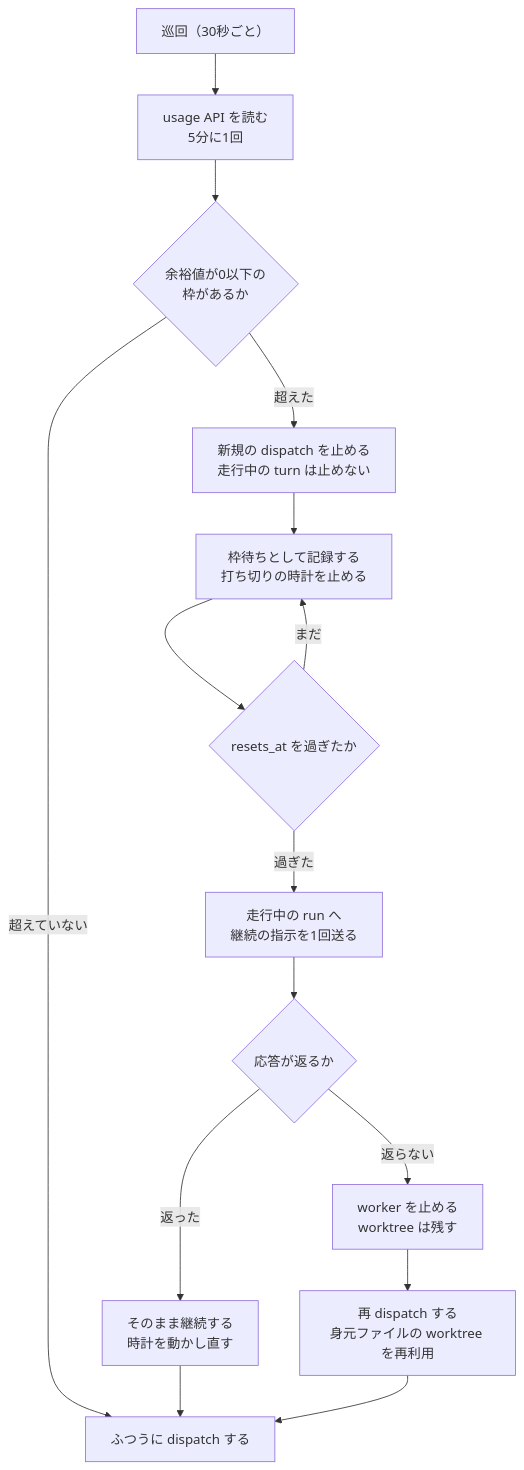
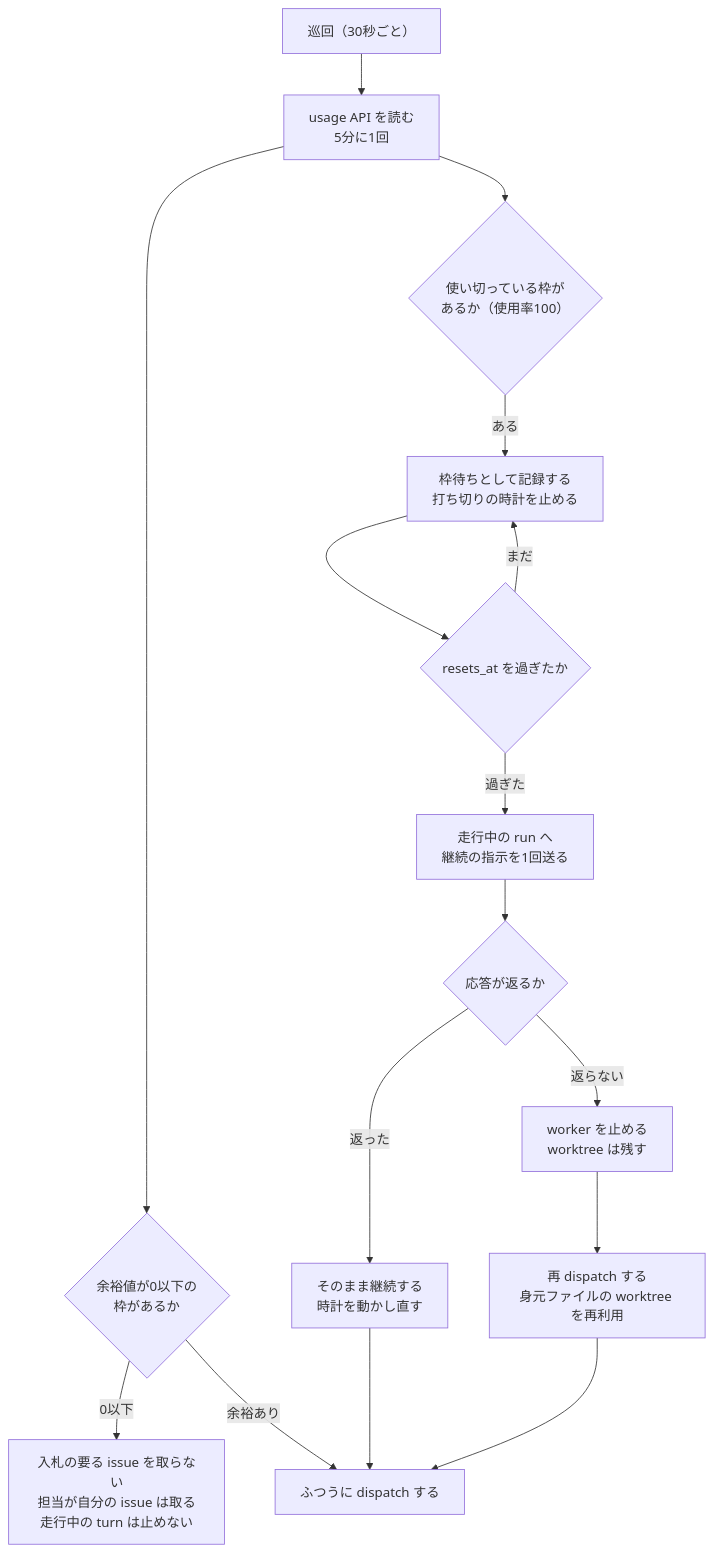
Before and after one commit to maimuzo/continuo: the fourth of 4 diagrams in docs/plans/continuo_design_slim.md, drawn with Mermaid. The commit also changed 13 other files, not shown here.

````diff
--- a/docs/plans/continuo_design_slim.md
+++ b/docs/plans/continuo_design_slim.md
@@ -404,20 +404,21 @@
 ```mermaid
 flowchart TB
     poll["巡回（30秒ごと）"] --> usage["usage API を読む<br/>5分に1回"]
     usage --> over{"余裕値が0以下の<br/>枠があるか"}
-    over -->|"超えた"| stop["新規の dispatch を止める<br/>走行中の turn は止めない"]
-    over -->|"超えていない"| normal["ふつうに dispatch する"]
+    over -->|"0以下"| stop["入札の要る issue を取らない<br/>担当が自分の issue は取る<br/>走行中の turn は止めない"]
+    over -->|"余裕あり"| normal["ふつうに dispatch する"]
 
-    stop --> waiting["枠待ちとして記録する<br/>打ち切りの時計を止める"]
+    usage --> full{"使い切っている枠が<br/>あるか（使用率100）"}
+    full -->|"ある"| waiting["枠待ちとして記録する<br/>打ち切りの時計を止める"]
     waiting --> reset{"resets_at を過ぎたか"}
     reset -->|"まだ"| waiting
     reset -->|"過ぎた"| probe["走行中の run へ<br/>継続の指示を1回送る"]
 
     probe --> resp{"応答が返るか"}
     resp -->|"返った"| resume["そのまま継続する<br/>時計を動かし直す"]
     resp -->|"返らない"| kill["worker を止める<br/>worktree は残す"]
     kill --> redispatch["再 dispatch する<br/>身元ファイルの worktree を再利用"]
 
     resume --> normal
     redispatch --> normal
 ```
````
